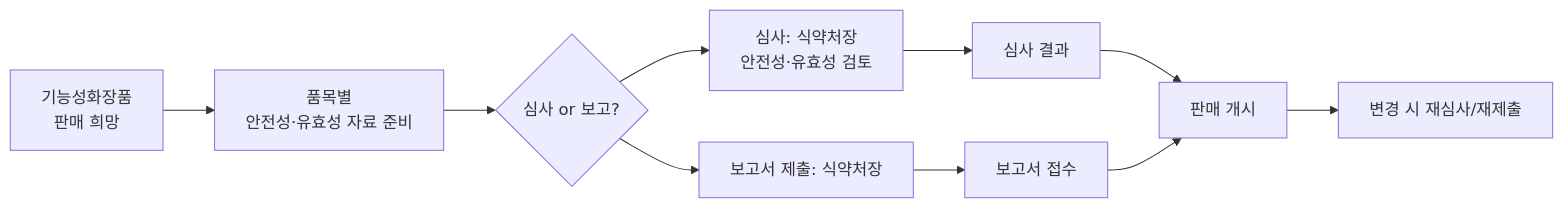
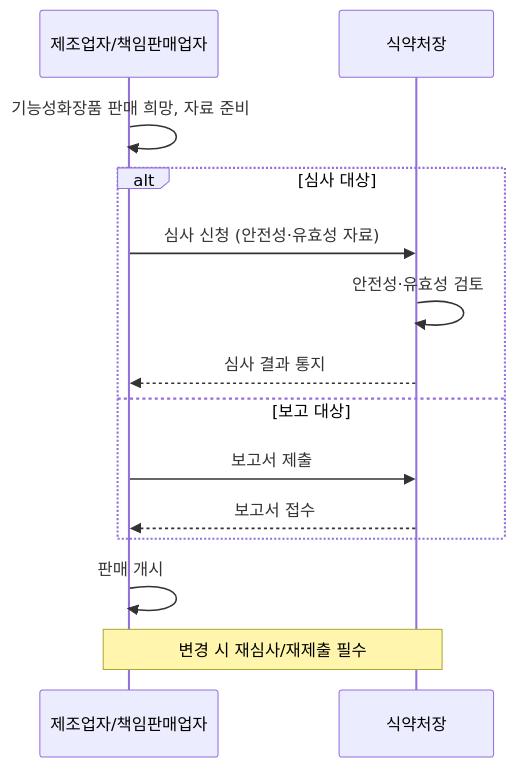
Diagram 12 of 16 in content/교재/law/1과목_화장품법의이해_이야기형.md (skygoldlee-cyber/Personalized_Skincare), drawn with Mermaid before and after one commit. The commit also changed other lines of this file and 14 other files, not shown here.

First line of the commit message:
feat: Mermaid 추가 다이어그램 타입 지원 (sequenceDiagram 등 10종) 및 교재 5곳 sequenceDiagram 교체

````diff
--- a/content/교재/law/1과목_화장품법의이해_이야기형.md
+++ b/content/교재/law/1과목_화장품법의이해_이야기형.md
@@ -2240,12 +2242,16 @@
 ```mermaid
-flowchart LR
-    A["기능성화장품<br/>판매 희망"] --> B["품목별<br/>안전성·유효성 자료 준비"]
-    B --> C{"심사 or 보고?"}
-    C --> D["심사: 식약처장<br/>안전성·유효성 검토"]
-    C --> E["보고서 제출: 식약처장"]
-    D --> F["심사 결과"]
-    E --> G["보고서 접수"]
-    F --> H["판매 개시"]
-    G --> H
-    H --> I["변경 시 재심사/재제출"]
+sequenceDiagram
+    participant A as 제조업자/책임판매업자
+    participant B as 식약처장
+    A->>A: 기능성화장품 판매 희망, 자료 준비
+    alt 심사 대상
+        A->>B: 심사 신청 (안전성·유효성 자료)
+        B->>B: 안전성·유효성 검토
+        B-->>A: 심사 결과 통지
+    else 보고 대상
+        A->>B: 보고서 제출
+        B-->>A: 보고서 접수
+    end
+    A->>A: 판매 개시
+    Note over A,B: 변경 시 재심사/재제출 필수
 ```
````
